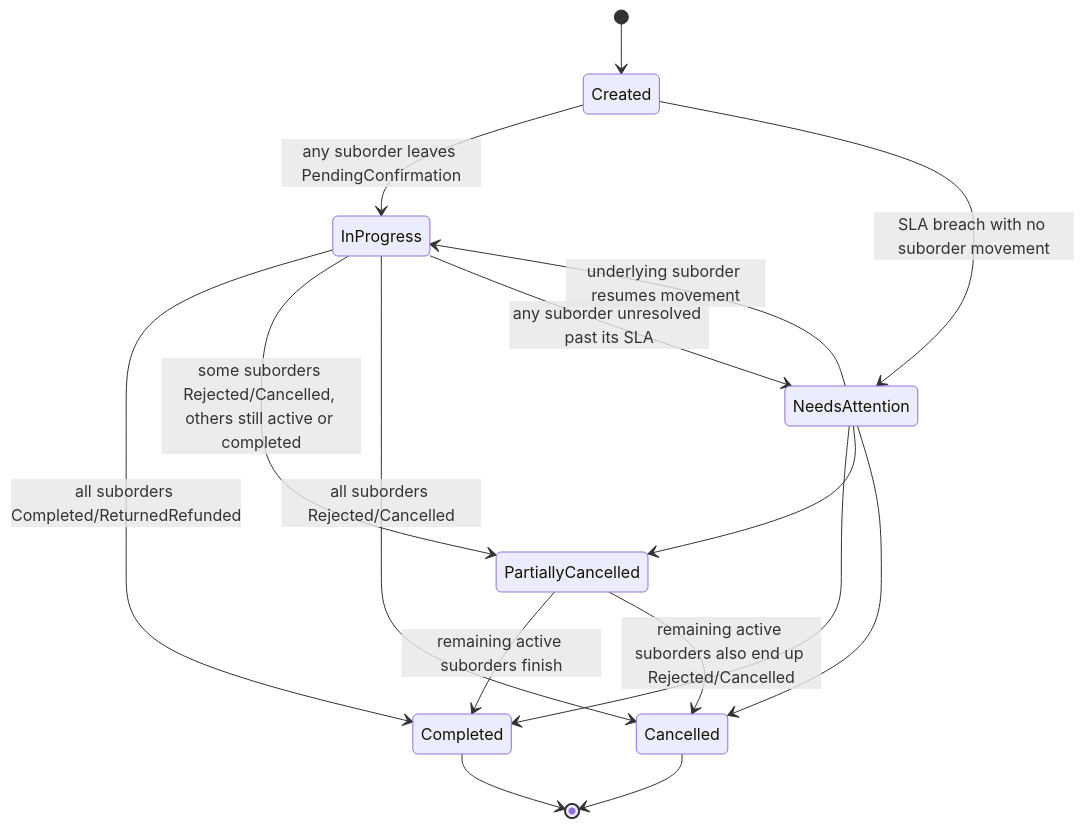
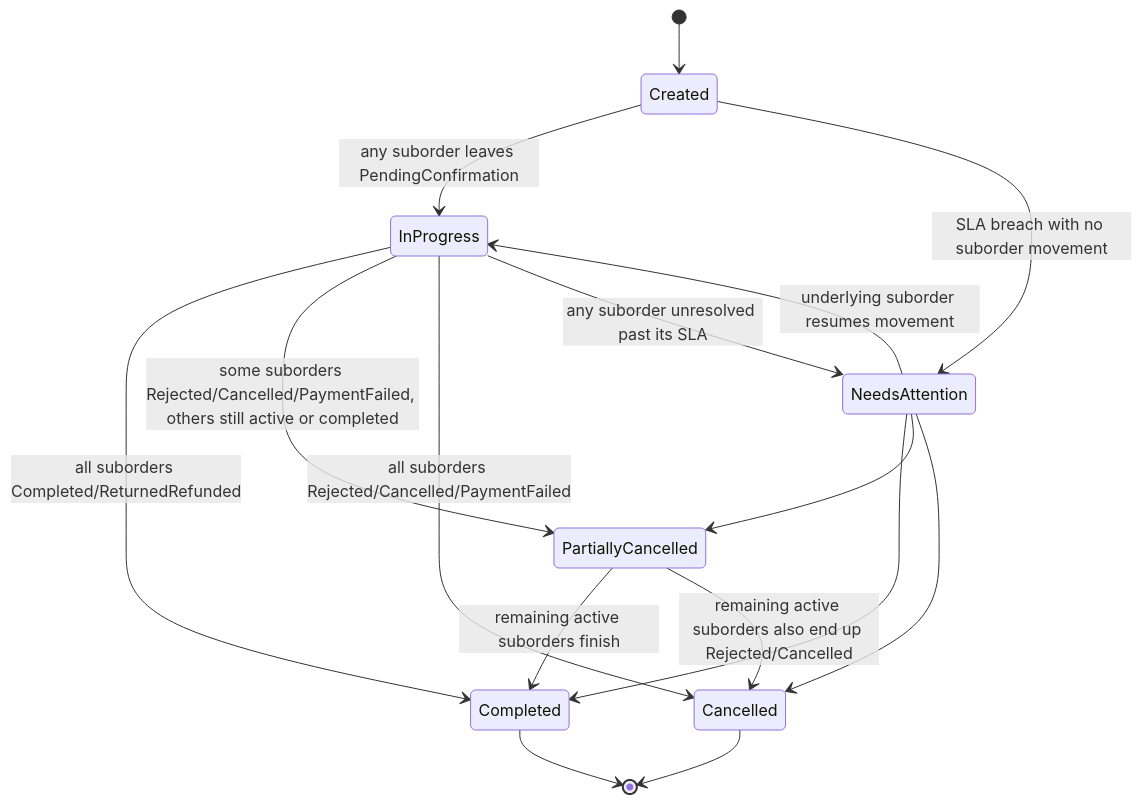
Before and after one commit to FINALTALA/FINALPRO: the second of 7 diagrams in docs/srs/02-functional-requirements.md, drawn with Mermaid. The commit also changed other lines of this file and 2 other files, not shown here.

````diff
--- a/docs/srs/02-functional-requirements.md
+++ b/docs/srs/02-functional-requirements.md
@@ -256,18 +256,18 @@
 ```mermaid
 stateDiagram-v2
     [*] --> Created
     Created --> InProgress: any suborder leaves PendingConfirmation
     Created --> NeedsAttention: SLA breach with no suborder movement
     InProgress --> Completed: all suborders Completed/ReturnedRefunded
-    InProgress --> PartiallyCancelled: some suborders Rejected/Cancelled, others still active or completed
-    InProgress --> Cancelled: all suborders Rejected/Cancelled
+    InProgress --> PartiallyCancelled: some suborders Rejected/Cancelled/PaymentFailed, others still active or completed
+    InProgress --> Cancelled: all suborders Rejected/Cancelled/PaymentFailed
     InProgress --> NeedsAttention: any suborder unresolved past its SLA
     NeedsAttention --> InProgress: underlying suborder resumes movement
     NeedsAttention --> Completed
     NeedsAttention --> PartiallyCancelled
     NeedsAttention --> Cancelled
     PartiallyCancelled --> Completed: remaining active suborders finish
     PartiallyCancelled --> Cancelled: remaining active suborders also end up Rejected/Cancelled
     Completed --> [*]
     Cancelled --> [*]
 ```
````
